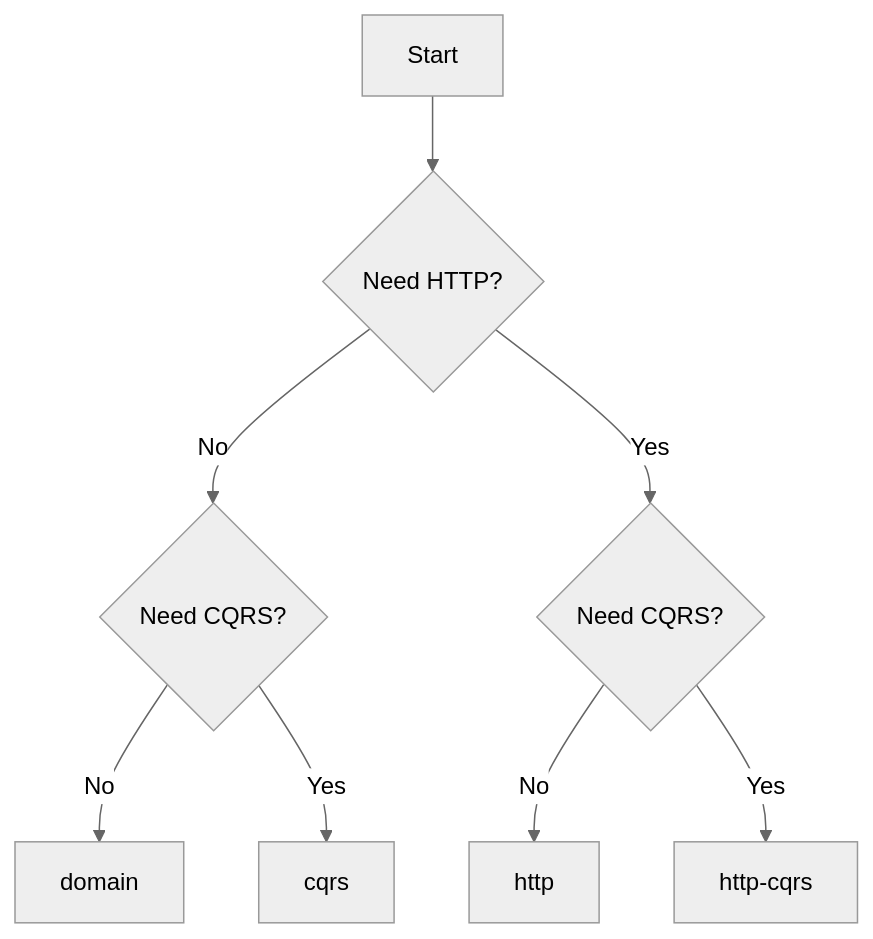
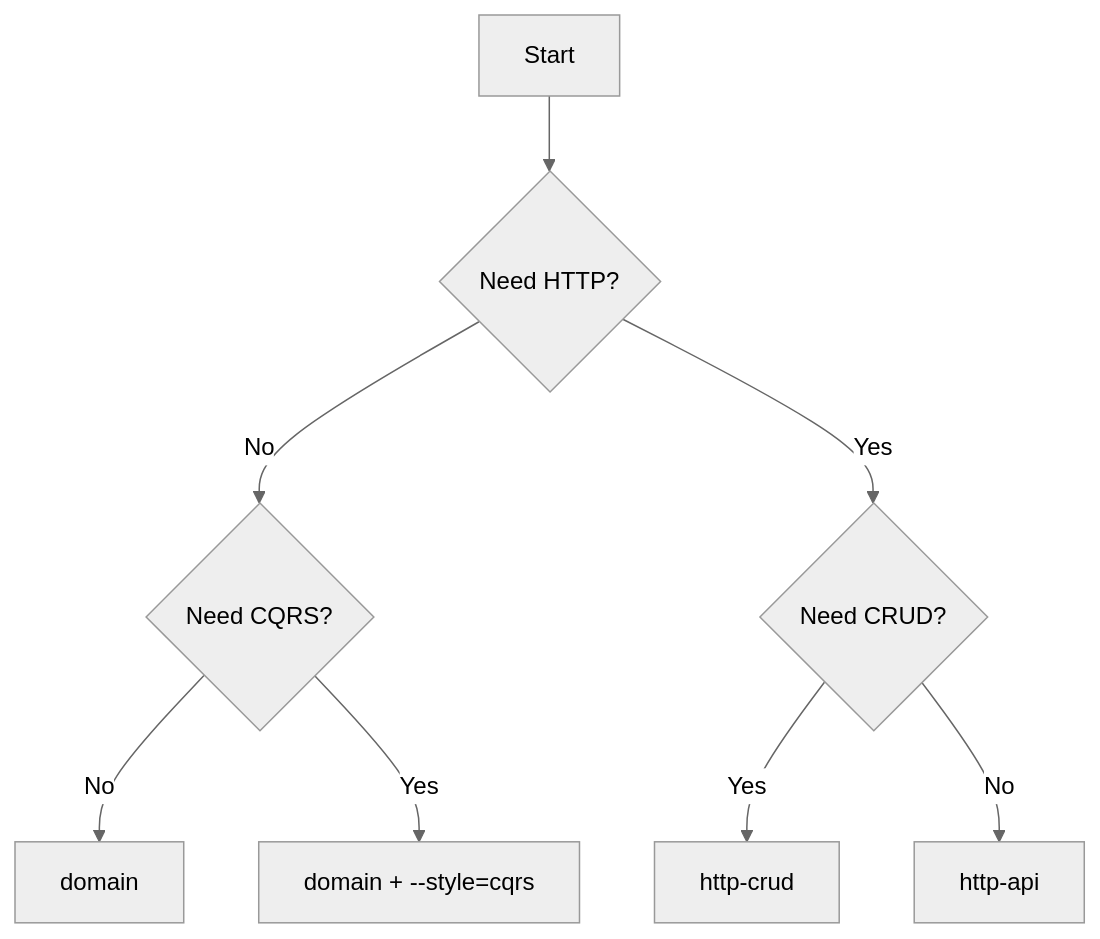
Before and after one commit to OlegMarko/ddd-generator: the diagram in docs/which-preset.md, drawn with Mermaid (neutral theme). The commit also changed 11 other files, not shown here.

````diff
--- a/docs/which-preset.md
+++ b/docs/which-preset.md
@@ -8,10 +8,10 @@
 ```mermaid
 flowchart TD
     A[Start] --> B{Need HTTP?}
     B -- No --> C{Need CQRS?}
     C -- No --> D[domain]
-    C -- Yes --> E[cqrs]
-    B -- Yes --> F{Need CQRS?}
-    F -- No --> G[http]
-    F -- Yes --> H[http-cqrs]
+    C -- Yes --> E[domain + --style=cqrs]
+    B -- Yes --> F{Need CRUD?}
+    F -- Yes --> G[http-crud]
+    F -- No --> H[http-api]
 ```
````
